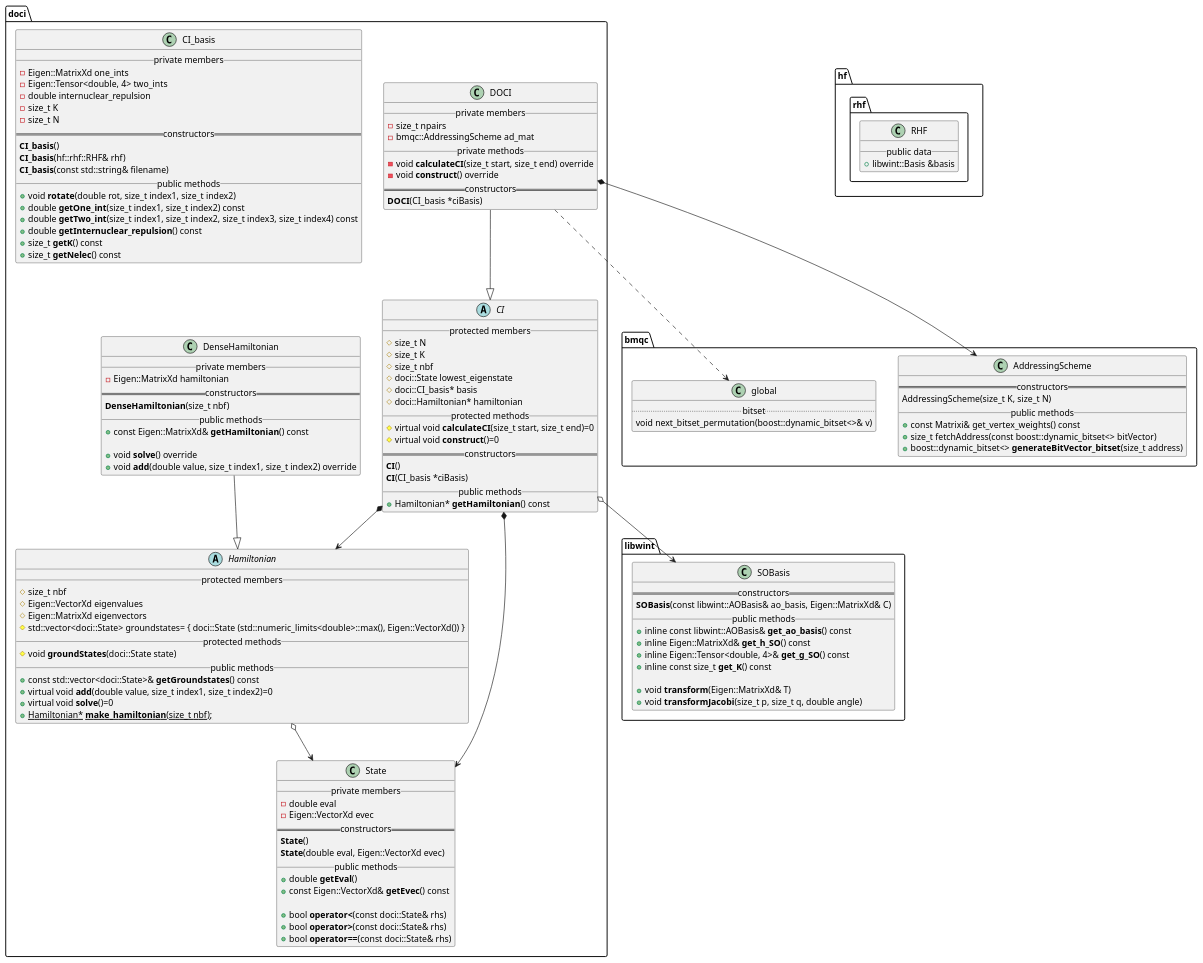
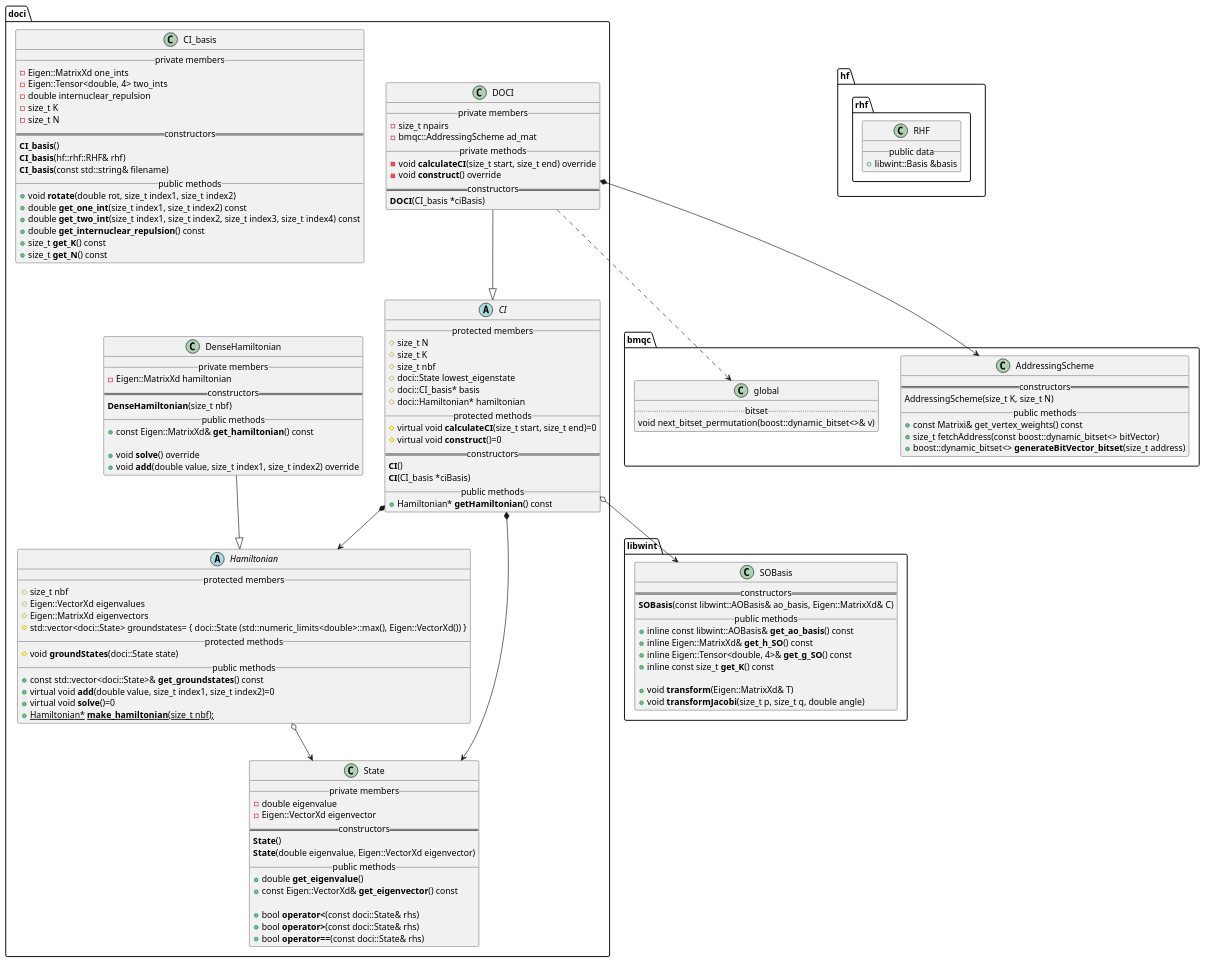
The diagram in docs/ci.puml (tmhuysen/ci), drawn with PlantUML before and after one commit. The commit also changed 11 other files, not shown here.

```diff
--- a/docs/ci.puml
+++ b/docs/ci.puml
@@ -1,159 +1,159 @@
 @startuml
 
 namespace doci {
     abstract class CI {
         __ protected members __
             # size_t N
             # size_t K
             # size_t nbf
             # doci::State lowest_eigenstate
             # doci::CI_basis* basis
             # doci::Hamiltonian* hamiltonian
         __ protected methods __
             # virtual void **calculateCI**(size_t start, size_t end)=0
 	        # virtual void **construct**()=0
         == constructors ==
 	        **CI**()
 	        **CI**(CI_basis *ciBasis)
 	    __ public methods __
 	        + Hamiltonian* **getHamiltonian**() const
     }
 
 
     class DOCI {
         __ private members __
             - size_t npairs
             - bmqc::AddressingScheme ad_mat
         __ private methods __
             - void **calculateCI**(size_t start, size_t end) override
             - void **construct**() override
         == constructors ==
             **DOCI**(CI_basis *ciBasis)
     }
 
 
     class State {
         __ private members __
-            - double eval
-            - Eigen::VectorXd evec
+            - double eigenvalue
+            - Eigen::VectorXd eigenvector
         == constructors ==
             **State**()
-            **State**(double eval, Eigen::VectorXd evec)
+            **State**(double eigenvalue, Eigen::VectorXd eigenvector)
         __ public methods __
-            + double **getEval**()
-            + const Eigen::VectorXd& **getEvec**() const
+            + double **get_eigenvalue**()
+            + const Eigen::VectorXd& **get_eigenvector**() const
 
             + bool **operator<**(const doci::State& rhs)
             + bool **operator>**(const doci::State& rhs)
             + bool **operator==**(const doci::State& rhs)
     }
 
 
     class CI_basis {
         __ private members __
             - Eigen::MatrixXd one_ints
             - Eigen::Tensor<double, 4> two_ints
             - double internuclear_repulsion
             - size_t K
             - size_t N
         == constructors ==
             **CI_basis**()
             **CI_basis**(hf::rhf::RHF& rhf)
             **CI_basis**(const std::string& filename)
         __ public methods __
             + void **rotate**(double rot, size_t index1, size_t index2)
-            + double **getOne_int**(size_t index1, size_t index2) const
-            + double **getTwo_int**(size_t index1, size_t index2, size_t index3, size_t index4) const
-            + double **getInternuclear_repulsion**() const
-            + size_t **getK**() const
-            + size_t **getNelec**() const
+            + double **get_one_int**(size_t index1, size_t index2) const
+            + double **get_two_int**(size_t index1, size_t index2, size_t index3, size_t index4) const
+            + double **get_internuclear_repulsion**() const
+            + size_t **get_K**() const
+            + size_t **get_N**() const
     }
 
 
     abstract class Hamiltonian {
         __ protected members __
             # size_t nbf
             # Eigen::VectorXd eigenvalues
             # Eigen::MatrixXd eigenvectors
             # std::vector<doci::State> groundstates= { doci::State (std::numeric_limits<double>::max(), Eigen::VectorXd()) }
         __ protected methods __
             # void **groundStates**(doci::State state)
         __ public methods __
-            + const std::vector<doci::State>& **getGroundstates**() const
+            + const std::vector<doci::State>& **get_groundstates**() const
             + virtual void **add**(double value, size_t index1, size_t index2)=0
             + virtual void **solve**()=0
             + {static} Hamiltonian* **make_hamiltonian**(size_t nbf);
     }
 
 
     class DenseHamiltonian {
         __ private members __
             - Eigen::MatrixXd hamiltonian
         == constructors ==
             **DenseHamiltonian**(size_t nbf)
         __ public methods __
-            + const Eigen::MatrixXd& **getHamiltonian**() const
+            + const Eigen::MatrixXd& **get_hamiltonian**() const
 
             + void **solve**() override
             + void **add**(double value, size_t index1, size_t index2) override
     }
 }
 
 
 namespace bmqc {
     class AddressingScheme {
         == constructors ==
             AddressingScheme(size_t K, size_t N)
         __ public methods __
             + const Matrixi& get_vertex_weights() const
             + size_t fetchAddress(const boost::dynamic_bitset<> bitVector)
             + boost::dynamic_bitset<> **generateBitVector_bitset**(size_t address)
     }
 
     class global {
         .. bitset ..
             void next_bitset_permutation(boost::dynamic_bitset<>& v)
     }
 
 
 }
 
 namespace libwint {
     class SOBasis {
         == constructors ==
             **SOBasis**(const libwint::AOBasis& ao_basis, Eigen::MatrixXd& C)
         __ public methods __
             + inline const libwint::AOBasis& **get_ao_basis**() const
             + inline Eigen::MatrixXd& **get_h_SO**() const
             + inline Eigen::Tensor<double, 4>& **get_g_SO**() const
             + inline const size_t **get_K**() const
 
             + void **transform**(Eigen::MatrixXd& T)
             + void **transformJacobi**(size_t p, size_t q, double angle)
     }
 }
 
 namespace hf {
     namespace rhf {
         class RHF {
             __ public data __
                 + libwint::Basis &basis
         }
     }
 }
 
 
 doci.Hamiltonian o--> doci.State
 
 doci.DenseHamiltonian --|> doci.Hamiltonian
 
 doci.CI *--> doci.State
 doci.CI o--> libwint.SOBasis
 doci.CI *--> doci.Hamiltonian
 
 doci.DOCI --|> doci.CI
 doci.DOCI *--> bmqc.AddressingScheme
 doci.DOCI ..> bmqc.global
 
 
 @enduml
```
